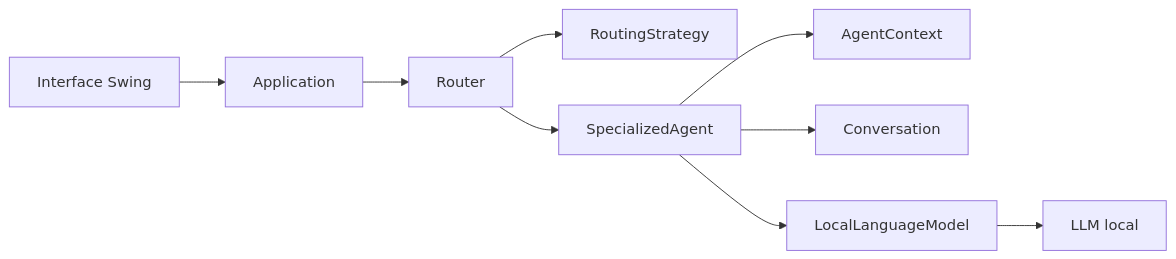
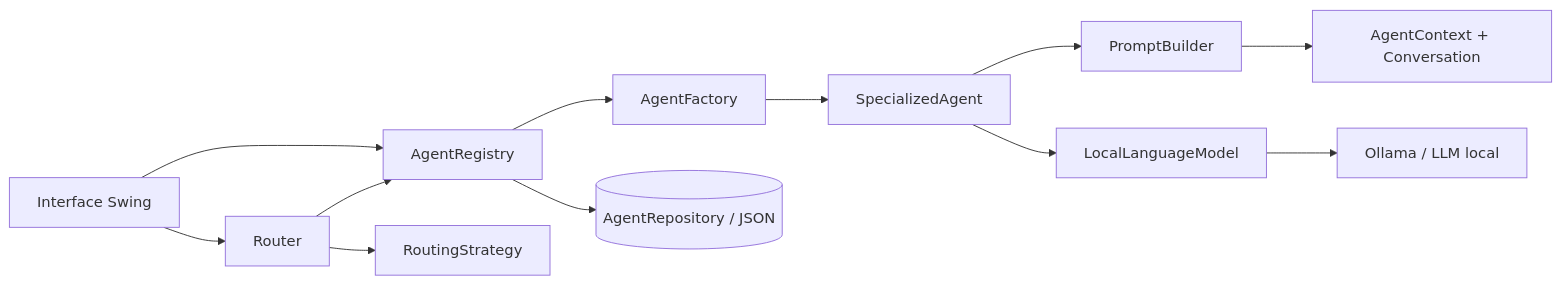
One commit to tivikou/mails_organiseur changed the first of 3 diagrams in projet/docs/architecture.md. Above: the diagram before and after it, drawn with Mermaid. The commit also changed other lines of this file and 48 other files, not shown here.

First line of the commit message:
Architecture multi-agents: registre, persistance JSON, Ollama, création d'agents, tests, docs

````diff
--- a/projet/docs/architecture.md
+++ b/projet/docs/architecture.md
@@ -3,11 +5,14 @@
 ```mermaid
 flowchart LR
-    UI[Interface Swing] --> APP[Application]
-    APP --> ROUTER[Router]
+    UI[Interface Swing] --> ROUTER[Router]
+    UI --> REGISTRY[AgentRegistry]
+    ROUTER --> REGISTRY
     ROUTER --> STRATEGY[RoutingStrategy]
-    ROUTER --> AGENT[SpecializedAgent]
-    AGENT --> CONTEXT[AgentContext]
-    AGENT --> MEMORY[Conversation]
+    REGISTRY --> FACTORY[AgentFactory]
+    REGISTRY --> REPO[(AgentRepository / JSON)]
+    FACTORY --> AGENT[SpecializedAgent]
+    AGENT --> PROMPT[PromptBuilder]
+    PROMPT --> CONTEXT[AgentContext + Conversation]
     AGENT --> LLM[LocalLanguageModel]
-    LLM --> LOCAL[LLM local]
+    LLM --> OLLAMA[Ollama / LLM local]
 ```
````
